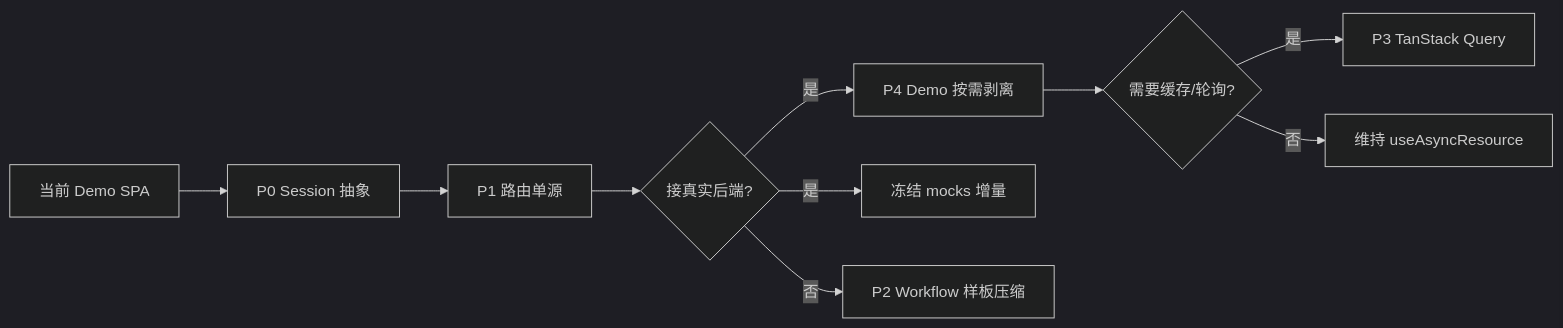
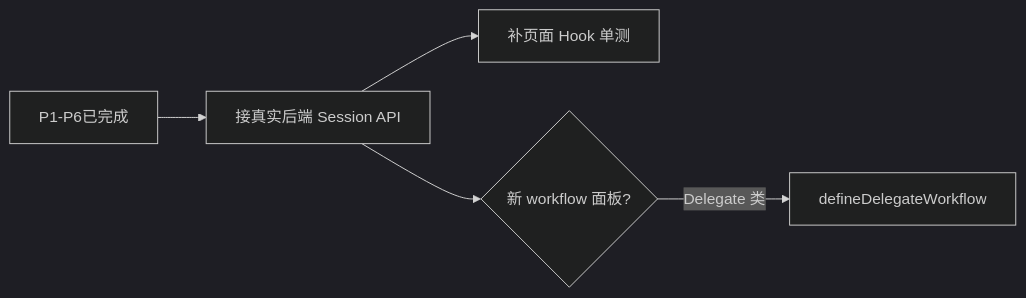
One commit to quyip8818/mytokenjoy changed the diagram in docs/Frontend-架构优化建议.md. Above: the diagram before and after it, drawn with Mermaid (dark theme). The commit also changed other lines of this file and 70 other files, not shown here.

````diff
--- a/docs/Frontend-架构优化建议.md
+++ b/docs/Frontend-架构优化建议.md
@@ -236,12 +104,7 @@
 ```mermaid
 flowchart LR
-  A[当前 Demo SPA] --> B[P0 Session 抽象]
-  B --> C[P1 路由单源]
-  C --> D{接真实后端?}
-  D -->|是| E[P4 Demo 按需剥离]
-  D -->|是| F[冻结 mocks 增量]
-  D -->|否| G[P2 Workflow 样板压缩]
-  E --> H{需要缓存/轮询?}
-  H -->|是| I[P3 TanStack Query]
-  H -->|否| J[维持 useAsyncResource]
+  done[P1-P6已完成] --> backend[接真实后端 Session API]
+  backend --> tests[补页面 Hook 单测]
+  backend --> workflow{新 workflow 面板?}
+  workflow -->|Delegate 类| factory[defineDelegateWorkflow]
 ```
````
